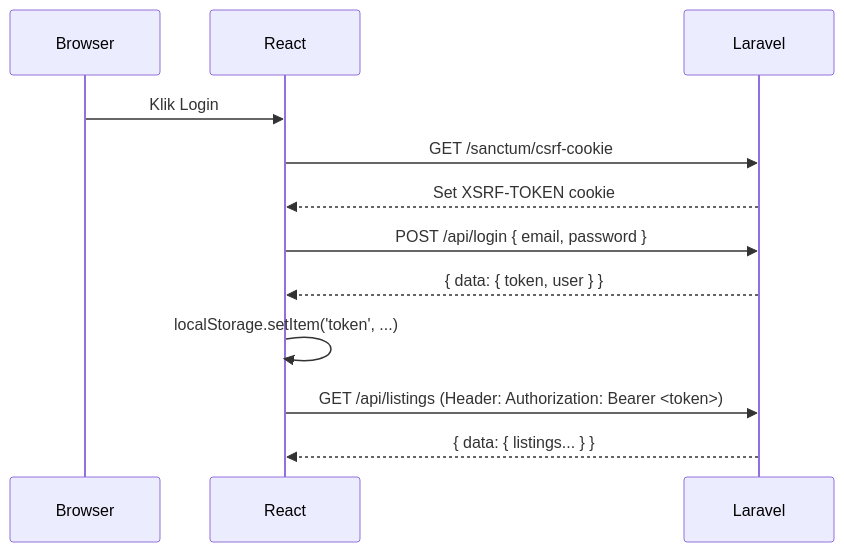
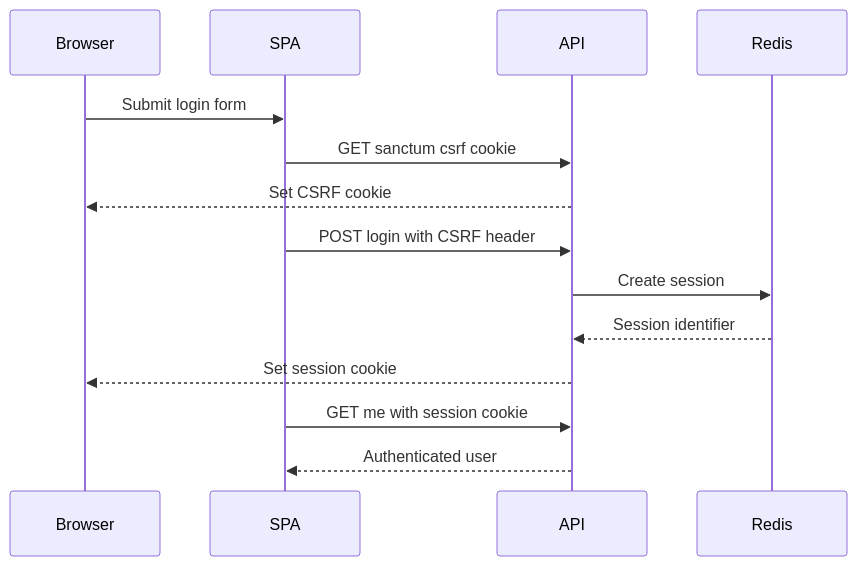
The third of 4 diagrams in docs/architecture.md (hafidnm/marketplace), drawn with Mermaid before and after one commit. The commit also changed other lines of this file and 11 other files, not shown here.

````diff
--- a/docs/architecture.md
+++ b/docs/architecture.md
@@ -135,15 +124,16 @@
 ```mermaid
 sequenceDiagram
     participant Browser
-    participant React
-    participant Laravel
-
-    Browser->>React: Klik Login
-    React->>Laravel: GET /sanctum/csrf-cookie
-    Laravel-->>React: Set XSRF-TOKEN cookie
-    React->>Laravel: POST /api/login { email, password }
-    Laravel-->>React: { data: { token, user } }
-    React->>React: localStorage.setItem('token', ...)
-    React->>Laravel: GET /api/listings (Header: Authorization: Bearer <token>)
-    Laravel-->>React: { data: { listings... } }
+    participant SPA
+    participant API
+    participant Redis
+    Browser->>SPA: Submit login form
+    SPA->>API: GET sanctum csrf cookie
+    API-->>Browser: Set CSRF cookie
+    SPA->>API: POST login with CSRF header
+    API->>Redis: Create session
+    Redis-->>API: Session identifier
+    API-->>Browser: Set session cookie
+    SPA->>API: GET me with session cookie
+    API-->>SPA: Authenticated user
 ```
````
